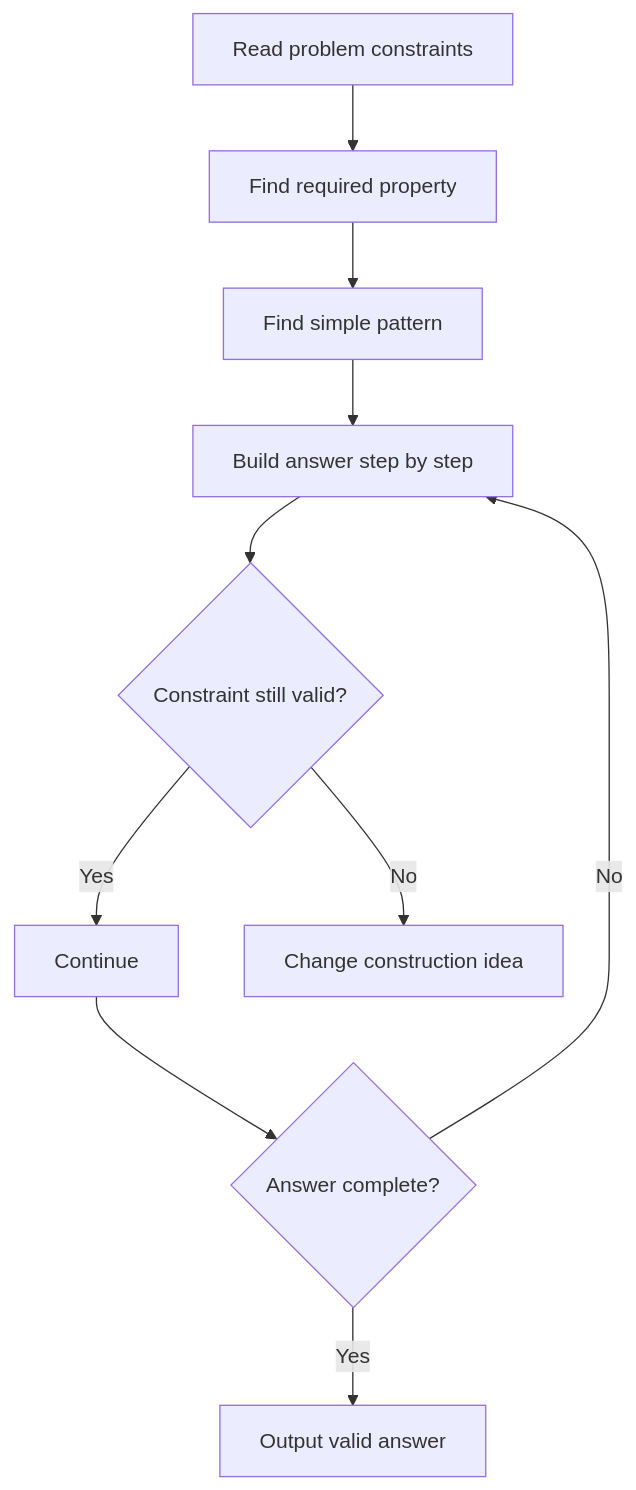
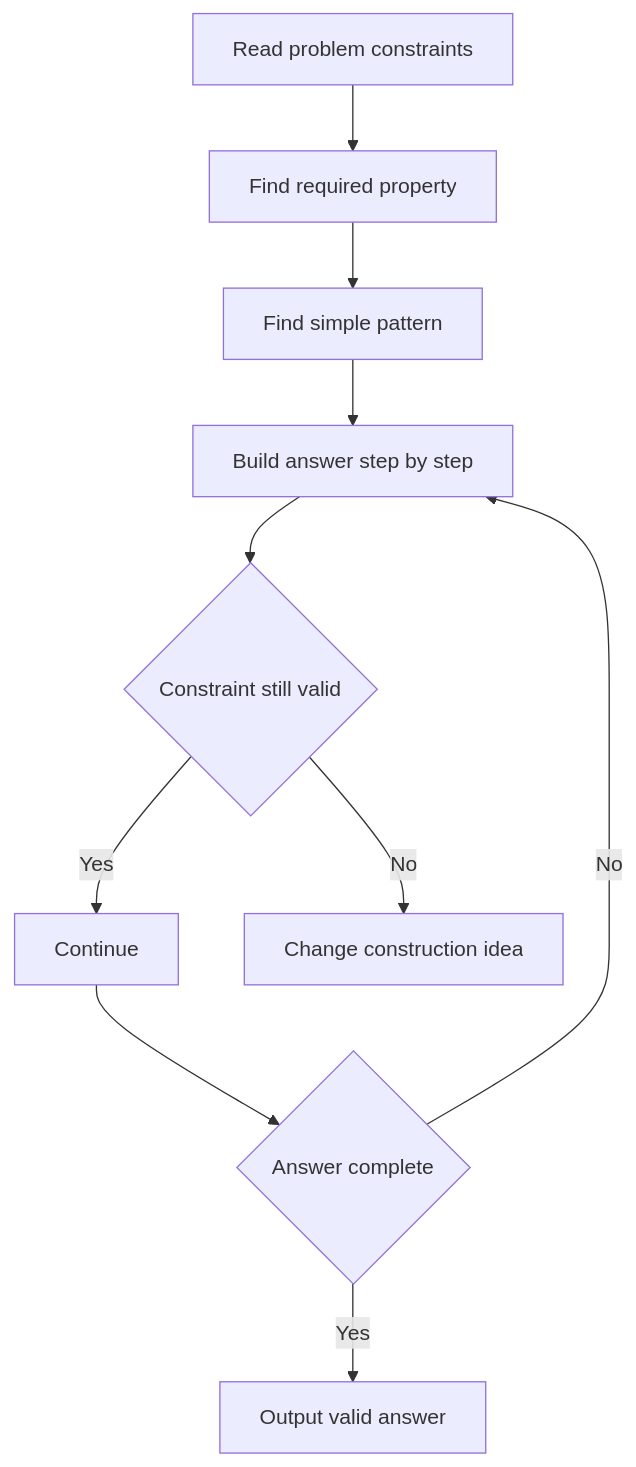
Before and after one commit to mthaiseer/springcloud-systemdesign-notes: the first of 25 diagrams in CP_DSA_NOTES/002_CONCEPT_FRAMEWORK_FORMS_TATICS/011_CONTRUCTIVE_ALGORITHMS_CFFT.md, drawn with Mermaid. The commit also changed other lines of this file and 1 other file, not shown here.

````diff
--- a/CP_DSA_NOTES/002_CONCEPT_FRAMEWORK_FORMS_TATICS/011_CONTRUCTIVE_ALGORITHMS_CFFT.md
+++ b/CP_DSA_NOTES/002_CONCEPT_FRAMEWORK_FORMS_TATICS/011_CONTRUCTIVE_ALGORITHMS_CFFT.md
@@ -74,12 +69,12 @@
 ```mermaid
 flowchart TD
-    A[Read problem constraints] --> B[Find required property]
-    B --> C[Find simple pattern]
-    C --> D[Build answer step by step]
-    D --> E{Constraint still valid?}
-    E -->|Yes| F[Continue]
-    E -->|No| G[Change construction idea]
-    F --> H{Answer complete?}
+    A["Read problem constraints"] --> B["Find required property"]
+    B --> C["Find simple pattern"]
+    C --> D["Build answer step by step"]
+    D --> E{"Constraint still valid"}
+    E -->|Yes| F["Continue"]
+    E -->|No| G["Change construction idea"]
+    F --> H{"Answer complete"}
     H -->|No| D
-    H -->|Yes| I[Output valid answer]
+    H -->|Yes| I["Output valid answer"]
 ```
````
